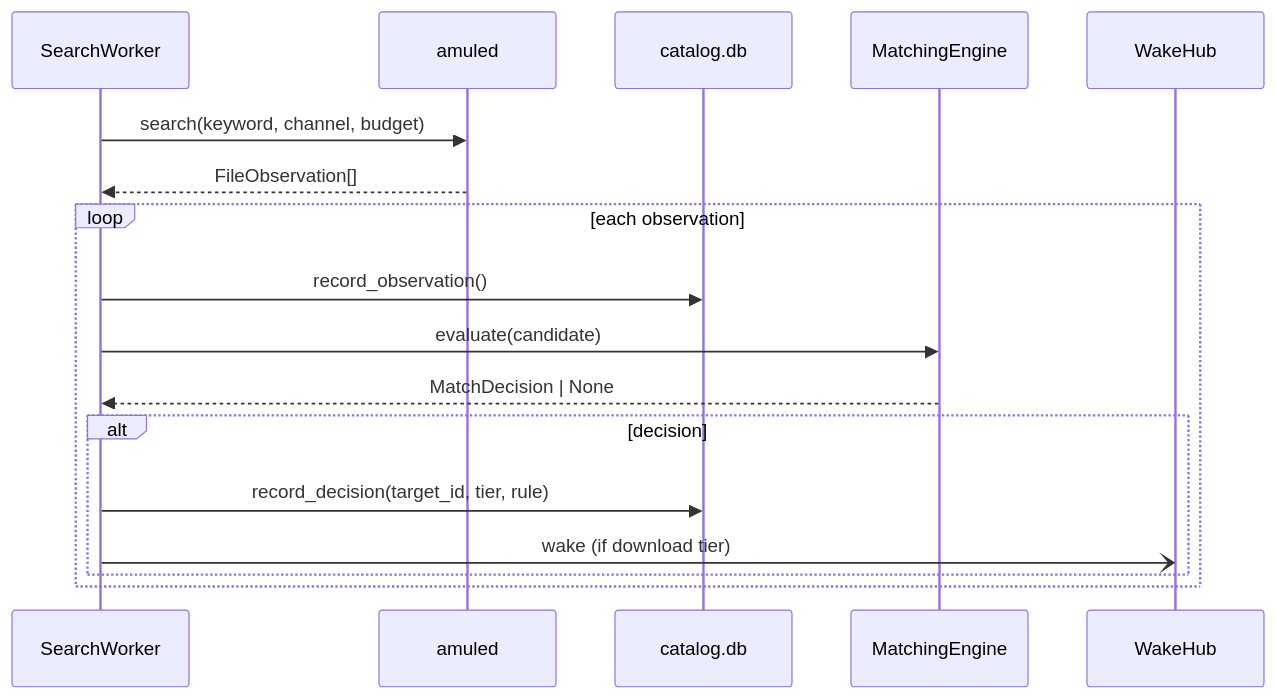
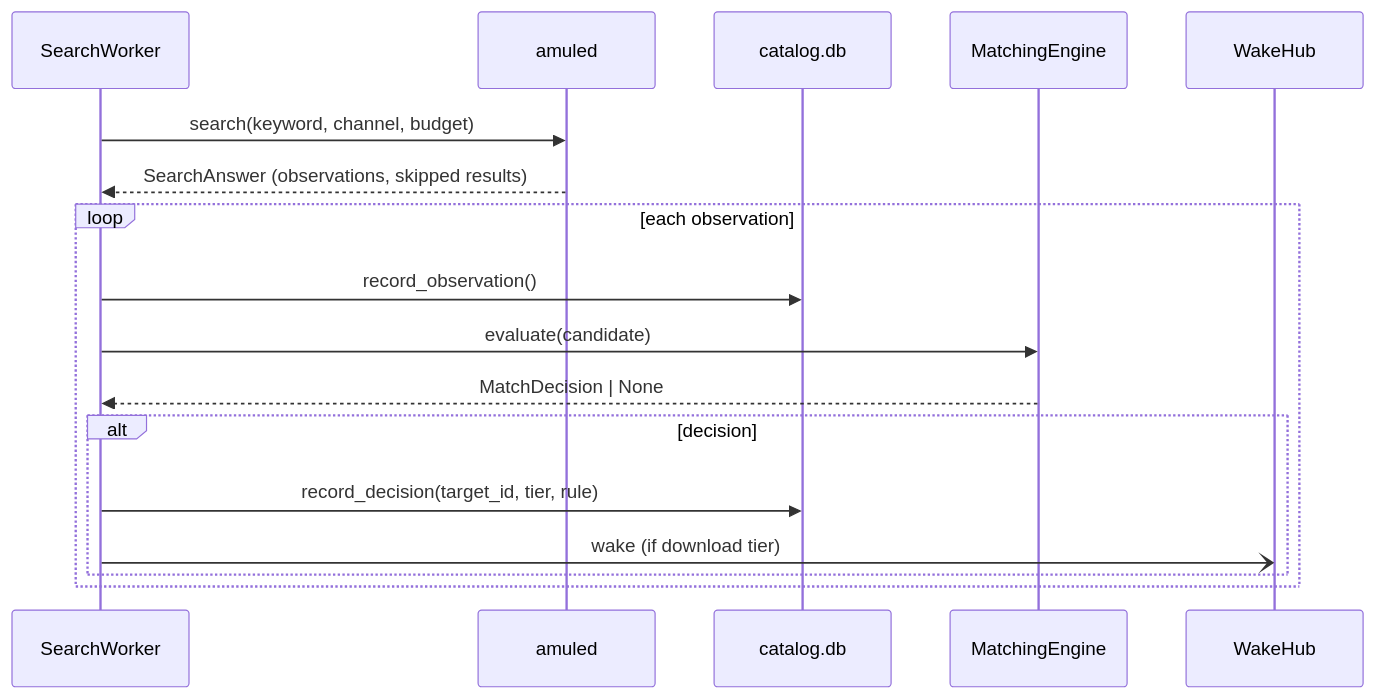
One commit to mission-titar/p2pwatch changed the sixth of 12 diagrams in docs/contributing/architecture.md. Above: the diagram before and after it, drawn with Mermaid. The commit also changed other lines of this file and 20 other files, not shown here.

First line of the commit message:
feat(observability): the skipped search results become a metric

````diff
--- a/docs/contributing/architecture.md
+++ b/docs/contributing/architecture.md
@@ -219,20 +219,20 @@
 ```mermaid
 sequenceDiagram
   participant W as SearchWorker
   participant A as amuled
   participant C as catalog.db
   participant E as MatchingEngine
   participant D as WakeHub
 
   W->>A: search(keyword, channel, budget)
-  A-->>W: FileObservation[]
+  A-->>W: SearchAnswer (observations, skipped results)
   loop each observation
     W->>C: record_observation()
     W->>E: evaluate(candidate)
     E-->>W: MatchDecision | None
     alt decision
       W->>C: record_decision(target_id, tier, rule)
       W-)D: wake (if download tier)
     end
   end
 ```
````
